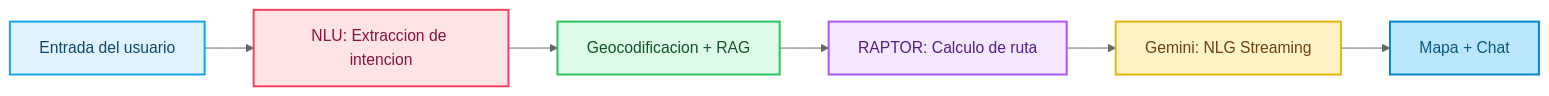
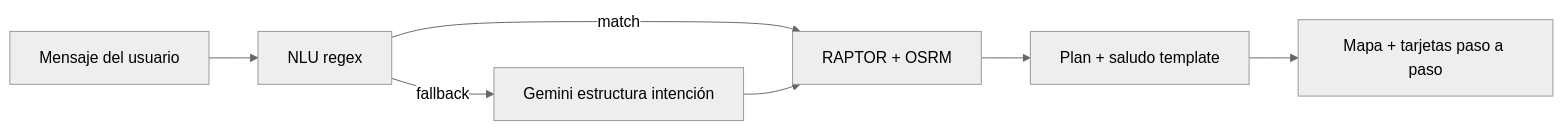
The diagram in README.md (Fraga9/NeoleoRuta), drawn with Mermaid (neutral theme) before and after one commit. The commit also changed other lines of this file and 17 other files, not shown here.

````diff
--- a/README.md
+++ b/README.md
@@ -31,15 +31,9 @@
 ```mermaid
 graph LR
-    A[Entrada del usuario] --> B[NLU: Extraccion de intencion]
-    B --> C[Geocodificacion + RAG]
-    C --> D[RAPTOR: Calculo de ruta]
-    D --> E[Gemini: NLG Streaming]
-    E --> F[Mapa + Chat]
-
-    style A fill:#e0f2fe,stroke:#0ea5e9,stroke-width:2px,color:#0c4a6e
-    style B fill:#ffe4e6,stroke:#f43f5e,stroke-width:2px,color:#881337
-    style C fill:#dcfce7,stroke:#22c55e,stroke-width:2px,color:#14532d
-    style D fill:#f3e8ff,stroke:#a855f7,stroke-width:2px,color:#581c87
-    style E fill:#fef3c7,stroke:#eab308,stroke-width:2px,color:#713f12
-    style F fill:#bae6fd,stroke:#0284c7,stroke-width:2px,color:#075985
+    A[Mensaje del usuario] --> B[NLU regex]
+    B -- match --> D[RAPTOR + OSRM]
+    B -- fallback --> C[Gemini estructura intención]
+    C --> D
+    D --> E[Plan + saludo template]
+    E --> F[Mapa + tarjetas paso a paso]
 ```
````
